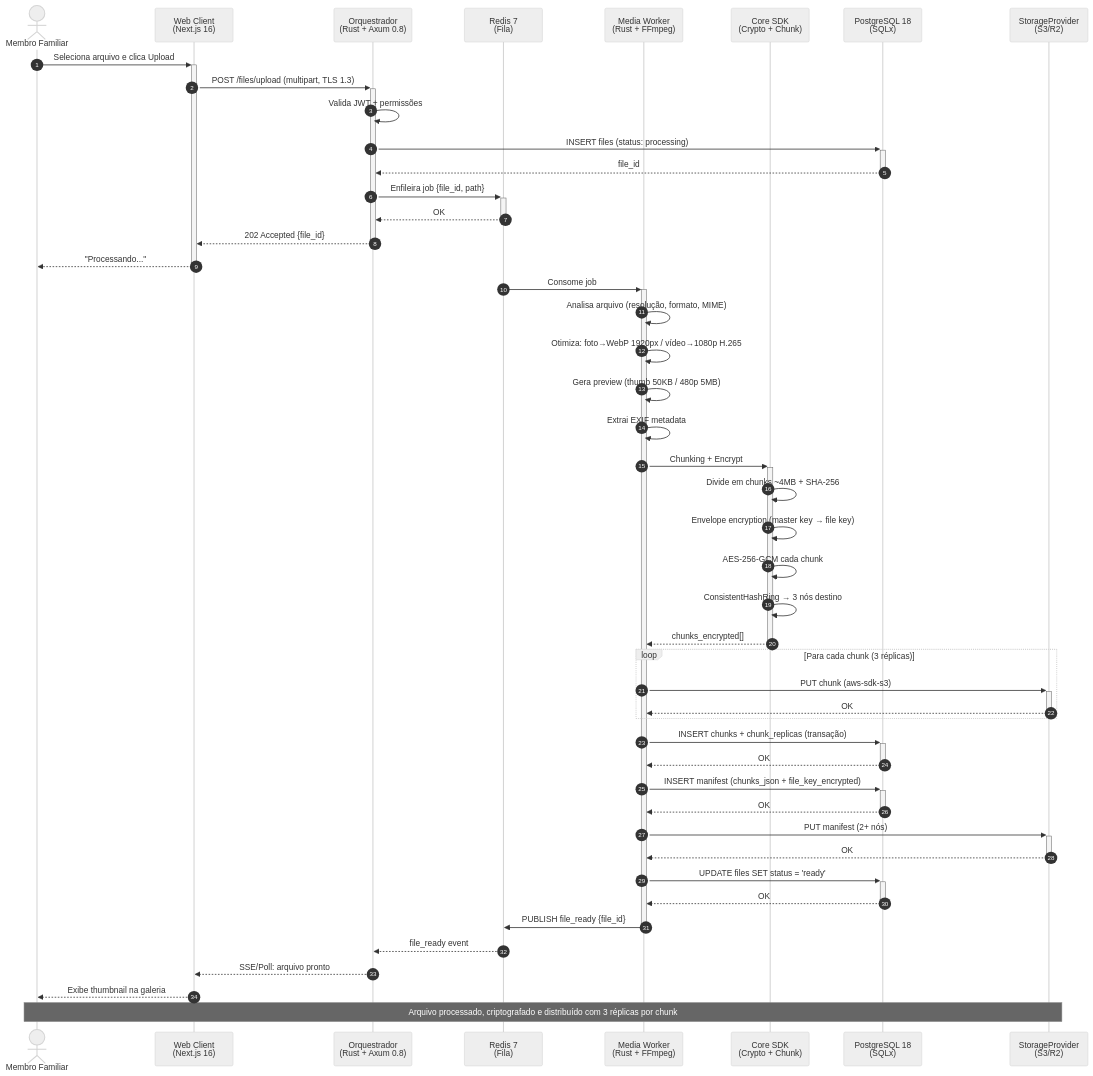
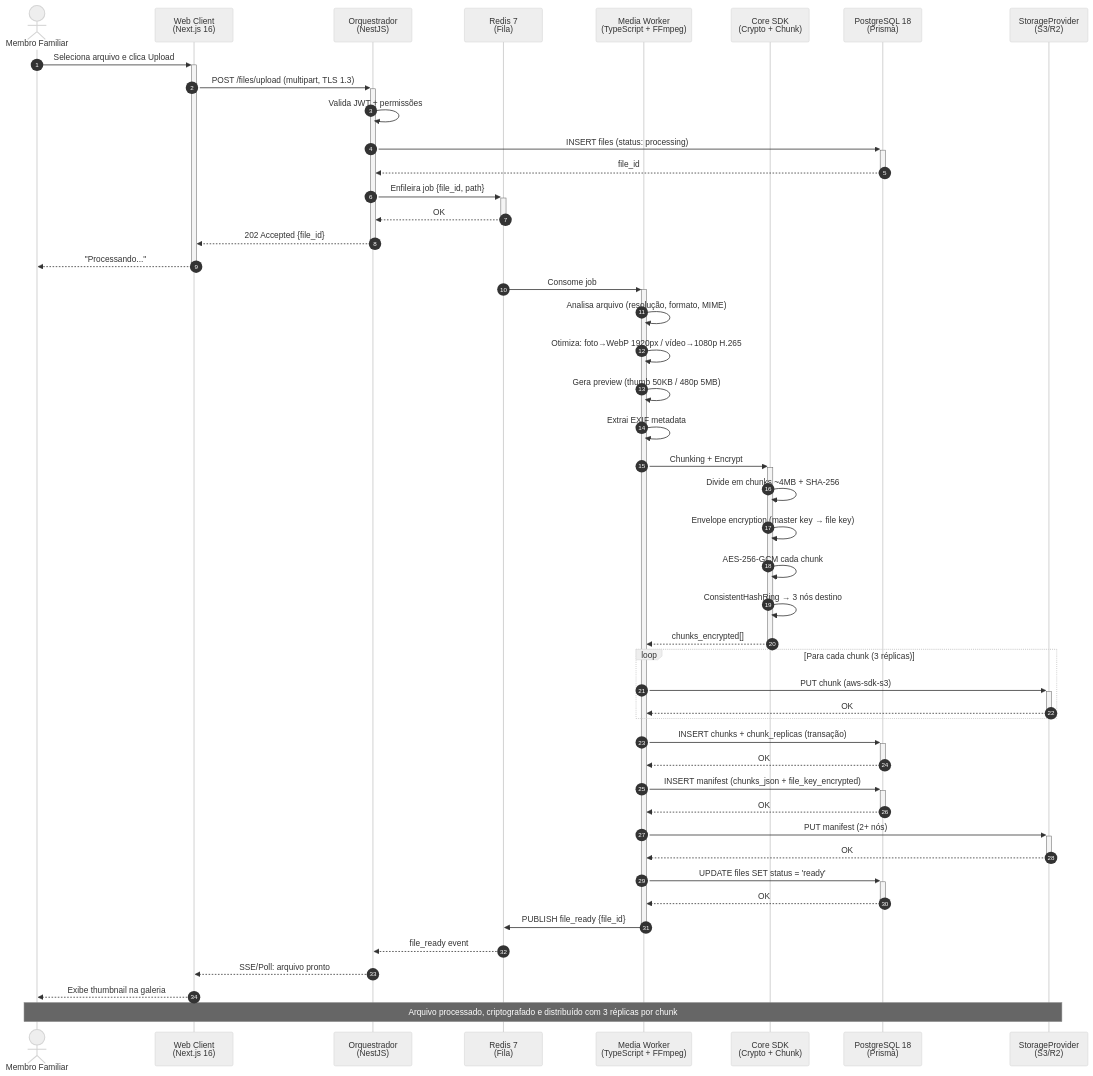
Before and after one commit to DouglasPrado/alexandria: the diagram in docs/diagrams/sequences/upload-distribution.mmd, drawn with Mermaid (neutral theme). The commit also changed 160 other files, not shown here.

```diff
--- a/docs/diagrams/sequences/upload-distribution.mmd
+++ b/docs/diagrams/sequences/upload-distribution.mmd
@@ -1,66 +1,66 @@
 %% Fluxo: Upload e Distribuição de Arquivo
 %% Referência: docs/blueprint/07-critical_flows.md
 
 sequenceDiagram
     autonumber
 
     actor Membro as Membro Familiar
     participant Web as Web Client<br/>(Next.js 16)
-    participant API as Orquestrador<br/>(Rust + Axum 0.8)
+    participant API as Orquestrador<br/>(NestJS)
     participant Redis as Redis 7<br/>(Fila)
-    participant Worker as Media Worker<br/>(Rust + FFmpeg)
+    participant Worker as Media Worker<br/>(TypeScript + FFmpeg)
     participant SDK as Core SDK<br/>(Crypto + Chunk)
-    participant DB as PostgreSQL 18<br/>(SQLx)
+    participant DB as PostgreSQL 18<br/>(Prisma)
     participant S3 as StorageProvider<br/>(S3/R2)
 
     %% Upload
     Membro ->>+ Web: Seleciona arquivo e clica Upload
     Web ->>+ API: POST /files/upload (multipart, TLS 1.3)
     API ->> API: Valida JWT + permissões
     API ->>+ DB: INSERT files (status: processing)
     DB -->>- API: file_id
     API ->>+ Redis: Enfileira job {file_id, path}
     Redis -->>- API: OK
     API -->>- Web: 202 Accepted {file_id}
     Web -->>- Membro: "Processando..."
 
     %% Pipeline
     Redis ->>+ Worker: Consome job
     Worker ->> Worker: Analisa arquivo (resolução, formato, MIME)
     Worker ->> Worker: Otimiza: foto→WebP 1920px / vídeo→1080p H.265
     Worker ->> Worker: Gera preview (thumb 50KB / 480p 5MB)
     Worker ->> Worker: Extrai EXIF metadata
 
     Worker ->>+ SDK: Chunking + Encrypt
     SDK ->> SDK: Divide em chunks ~4MB + SHA-256
     SDK ->> SDK: Envelope encryption (master key → file key)
     SDK ->> SDK: AES-256-GCM cada chunk
     SDK ->> SDK: ConsistentHashRing → 3 nós destino
     SDK -->>- Worker: chunks_encrypted[]
 
     %% Distribuição
     loop Para cada chunk (3 réplicas)
         Worker ->>+ S3: PUT chunk (aws-sdk-s3)
         S3 -->>- Worker: OK
     end
 
     Worker ->>+ DB: INSERT chunks + chunk_replicas (transação)
     DB -->>- Worker: OK
     Worker ->>+ DB: INSERT manifest (chunks_json + file_key_encrypted)
     DB -->>- Worker: OK
 
     %% Replicar manifest em nós adicionais
     Worker ->>+ S3: PUT manifest (2+ nós)
     S3 -->>- Worker: OK
 
     Worker ->>+ DB: UPDATE files SET status = 'ready'
     DB -->>- Worker: OK
     Worker ->> Redis: PUBLISH file_ready {file_id}
     deactivate Worker
 
     %% Notificação
     Redis -->> API: file_ready event
     API -->> Web: SSE/Poll: arquivo pronto
     Web -->> Membro: Exibe thumbnail na galeria
 
     Note over Membro, S3: Arquivo processado, criptografado e distribuído com 3 réplicas por chunk
```
